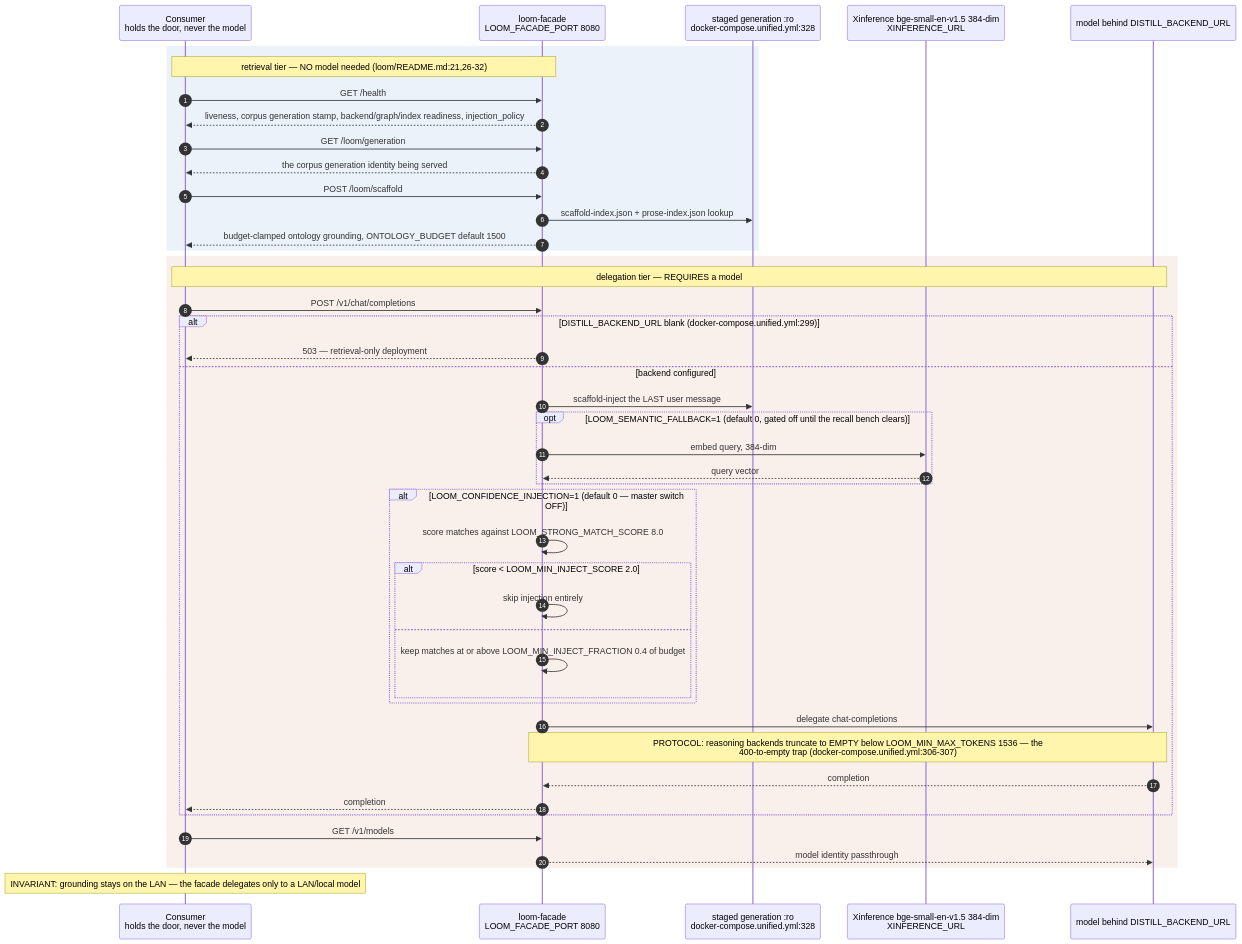
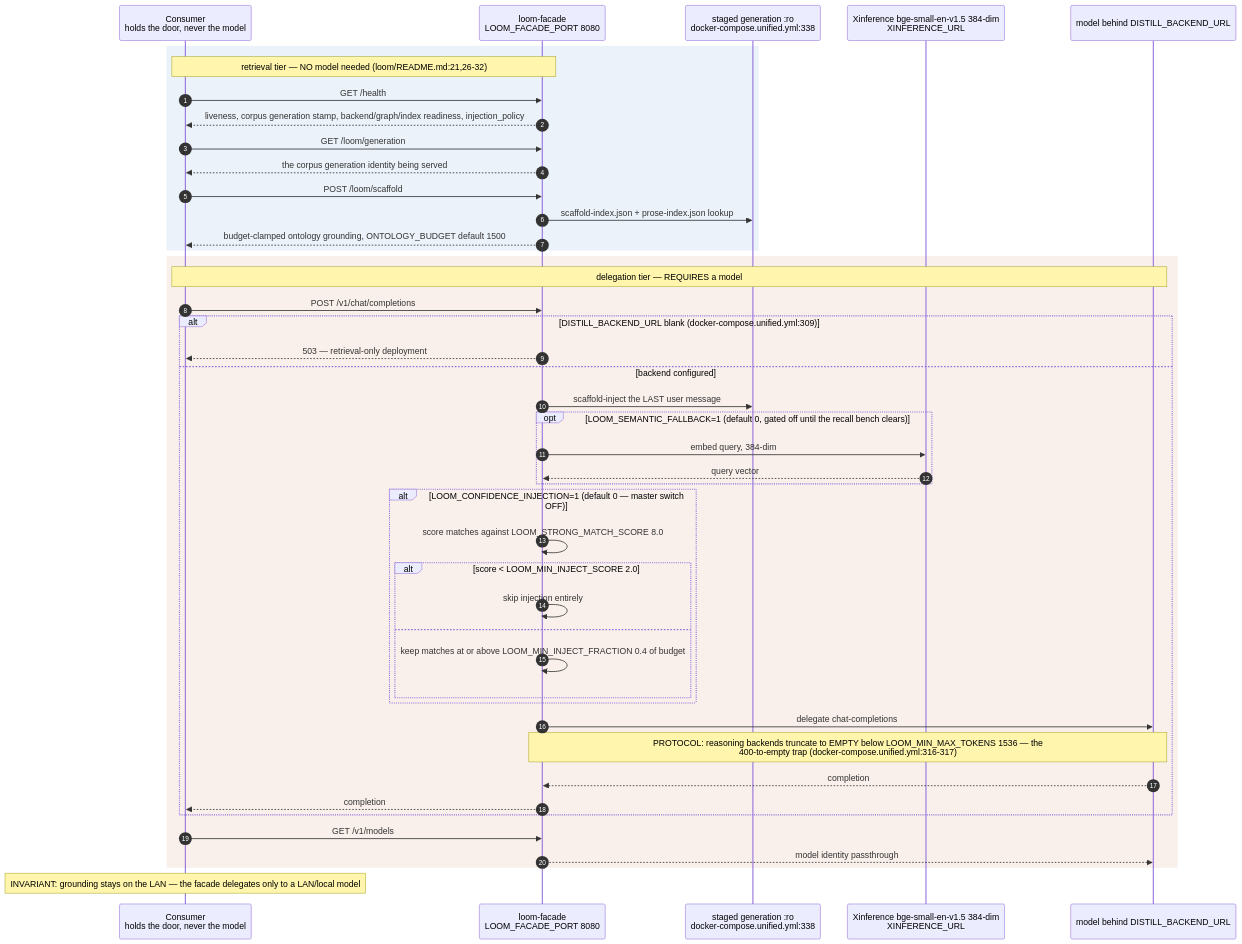
One commit to DreamLab-AI/AR-AI-Knowledge-Graph changed the sixth of 9 diagrams in docs/diagrams/agentbox/24-loom-facade.md. Above: the diagram before and after it, drawn with Mermaid. The commit also changed other lines of this file and 73 other files, not shown here.

First line of the commit message:
docs(diagrams): re-verify all 71 topic files against HEAD; add --cite-check

````diff
--- a/docs/diagrams/agentbox/24-loom-facade.md
+++ b/docs/diagrams/agentbox/24-loom-facade.md
@@ -253,48 +253,48 @@
 ```mermaid
 sequenceDiagram
     autonumber
     participant C as Consumer<br/>holds the door, never the model
     participant FAC as loom-facade<br/>LOOM_FACADE_PORT 8080
-    participant IDX as staged generation :ro<br/>docker-compose.unified.yml:328
+    participant IDX as staged generation :ro<br/>docker-compose.unified.yml:338
     participant XI as Xinference bge-small-en-v1.5 384-dim<br/>XINFERENCE_URL
     participant M as model behind DISTILL_BACKEND_URL
 
     rect rgb(235,242,250)
         Note over C,FAC: retrieval tier — NO model needed (loom/README.md:21,26-32)
         C->>FAC: GET /health
         FAC-->>C: liveness, corpus generation stamp, backend/graph/index readiness, injection_policy
         C->>FAC: GET /loom/generation
         FAC-->>C: the corpus generation identity being served
         C->>FAC: POST /loom/scaffold
         FAC->>IDX: scaffold-index.json + prose-index.json lookup
         FAC-->>C: budget-clamped ontology grounding, ONTOLOGY_BUDGET default 1500
     end
     rect rgb(250,240,235)
         Note over C,M: delegation tier — REQUIRES a model
         C->>FAC: POST /v1/chat/completions
-        alt DISTILL_BACKEND_URL blank (docker-compose.unified.yml:299)
+        alt DISTILL_BACKEND_URL blank (docker-compose.unified.yml:309)
             FAC-->>C: 503 — retrieval-only deployment
         else backend configured
             FAC->>IDX: scaffold-inject the LAST user message
             opt LOOM_SEMANTIC_FALLBACK=1 (default 0, gated off until the recall bench clears)
                 FAC->>XI: embed query, 384-dim
                 XI-->>FAC: query vector
             end
             alt LOOM_CONFIDENCE_INJECTION=1 (default 0 — master switch OFF)
                 FAC->>FAC: score matches against LOOM_STRONG_MATCH_SCORE 8.0
                 alt score < LOOM_MIN_INJECT_SCORE 2.0
                     FAC->>FAC: skip injection entirely
                 else
                     FAC->>FAC: keep matches at or above LOOM_MIN_INJECT_FRACTION 0.4 of budget
                 end
             end
             FAC->>M: delegate chat-completions
-            Note over FAC,M: PROTOCOL: reasoning backends truncate to EMPTY below LOOM_MIN_MAX_TOKENS 1536 — the<br/>400-to-empty trap (docker-compose.unified.yml:306-307)
+            Note over FAC,M: PROTOCOL: reasoning backends truncate to EMPTY below LOOM_MIN_MAX_TOKENS 1536 — the<br/>400-to-empty trap (docker-compose.unified.yml:316-317)
             M-->>FAC: completion
             FAC-->>C: completion
         end
         C->>FAC: GET /v1/models
         FAC-->>M: model identity passthrough
     end
     Note over C: INVARIANT: grounding stays on the LAN — the facade delegates only to a LAN/local model
 ```
````
